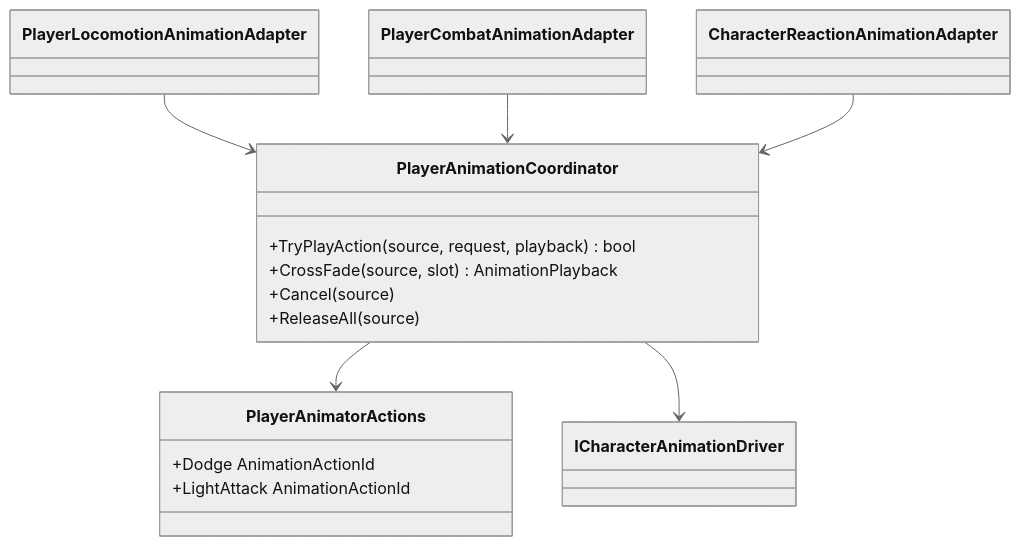
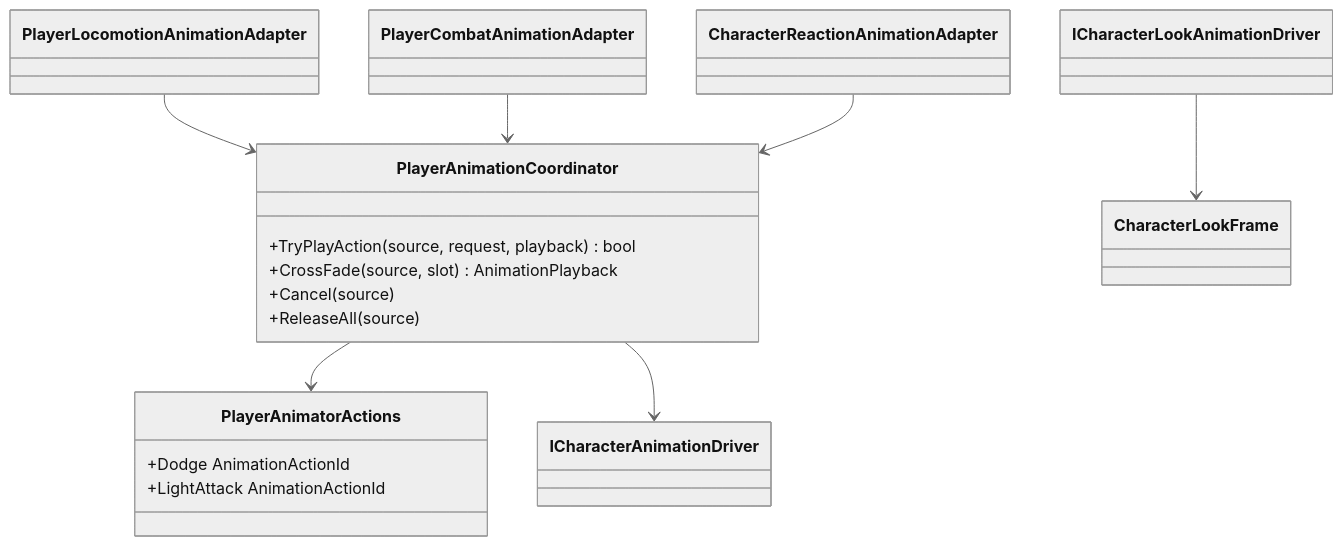
Before and after one commit to MaximFonariuc/project-s: the diagram in Assets/_App/Core/Runtime/Character/AnimationController/README.md, drawn with Mermaid (neutral theme). The commit also changed other lines of this file and 4398 other files, not shown here.

````diff
--- a/Assets/_App/Core/Runtime/Character/AnimationController/README.md
+++ b/Assets/_App/Core/Runtime/Character/AnimationController/README.md
@@ -8,23 +8,26 @@
 ```mermaid
 classDiagram
     class PlayerAnimatorActions {
         +Dodge AnimationActionId
         +LightAttack AnimationActionId
     }
     class PlayerAnimationCoordinator {
         +TryPlayAction(source, request, playback) bool
         +CrossFade(source, slot) AnimationPlayback
         +Cancel(source)
         +ReleaseAll(source)
     }
     class ICharacterAnimationDriver
+    class ICharacterLookAnimationDriver
+    class CharacterLookFrame
     class PlayerLocomotionAnimationAdapter
     class PlayerCombatAnimationAdapter
     class CharacterReactionAnimationAdapter
 
     PlayerLocomotionAnimationAdapter --> PlayerAnimationCoordinator
     PlayerCombatAnimationAdapter --> PlayerAnimationCoordinator
     CharacterReactionAnimationAdapter --> PlayerAnimationCoordinator
     PlayerAnimationCoordinator --> PlayerAnimatorActions
     PlayerAnimationCoordinator --> ICharacterAnimationDriver
+    ICharacterLookAnimationDriver --> CharacterLookFrame
 ```
````
